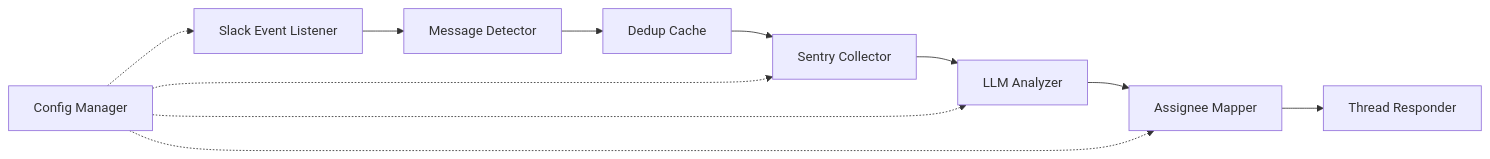
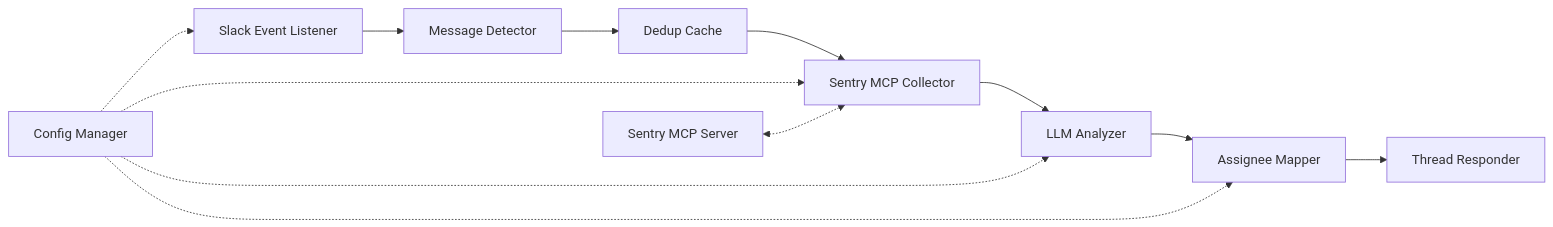
One commit to platypus97/kirothon-1 changed the second of 3 diagrams in 포스타입/.kiro/specs/sentry-slack-auto-analysis/design.md. Above: the diagram before and after it, drawn with Mermaid. The commit also changed other lines of this file and 2 other files, not shown here.

Commit message:
docs: Sentry MCP 도구 사용 및 investigate 스킬 접근 방식 반영

````diff
--- a/포스타입/.kiro/specs/sentry-slack-auto-analysis/design.md
+++ b/포스타입/.kiro/specs/sentry-slack-auto-analysis/design.md
@@ -57,14 +66,16 @@
 ```mermaid
 graph LR
     A[Slack Event Listener] --> B[Message Detector]
     B --> C[Dedup Cache]
-    C --> D[Sentry Collector]
+    C --> D[Sentry MCP Collector]
     D --> E[LLM Analyzer]
     E --> F[Assignee Mapper]
     F --> G[Thread Responder]
     
     H[Config Manager] -.-> A
     H -.-> D
     H -.-> E
     H -.-> F
+    
+    I[Sentry MCP Server] <-.-> D
 ```
````
